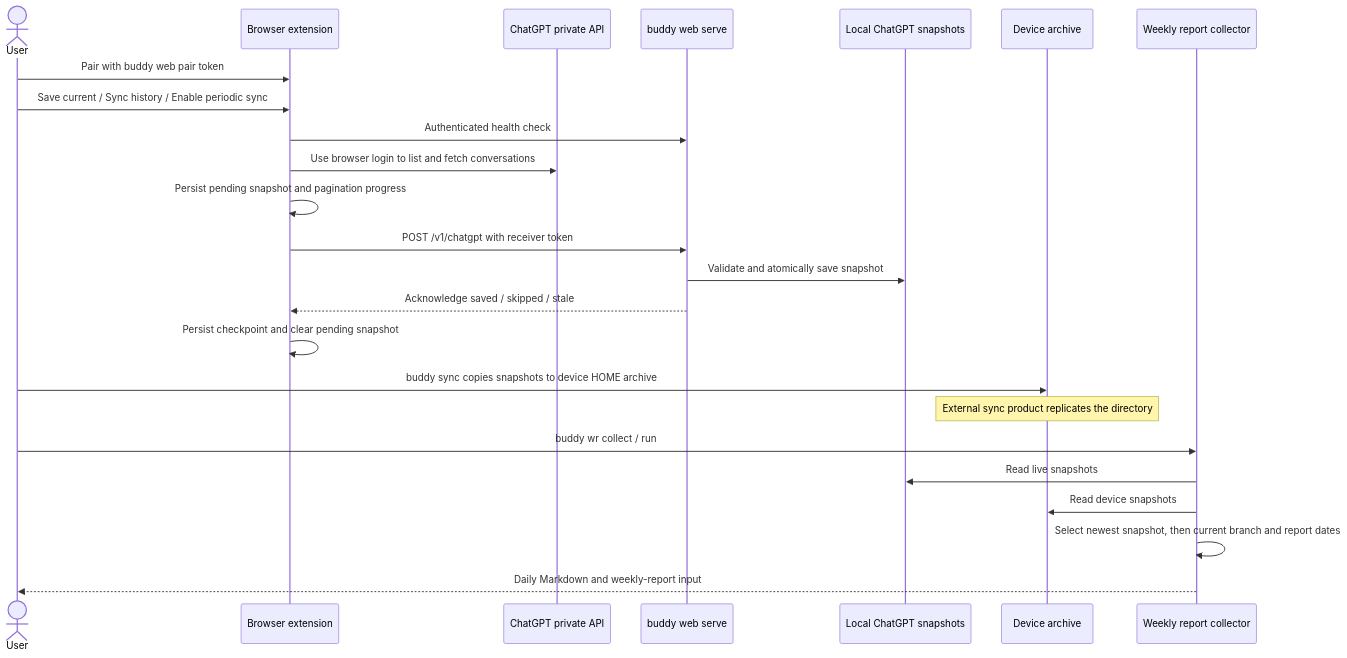
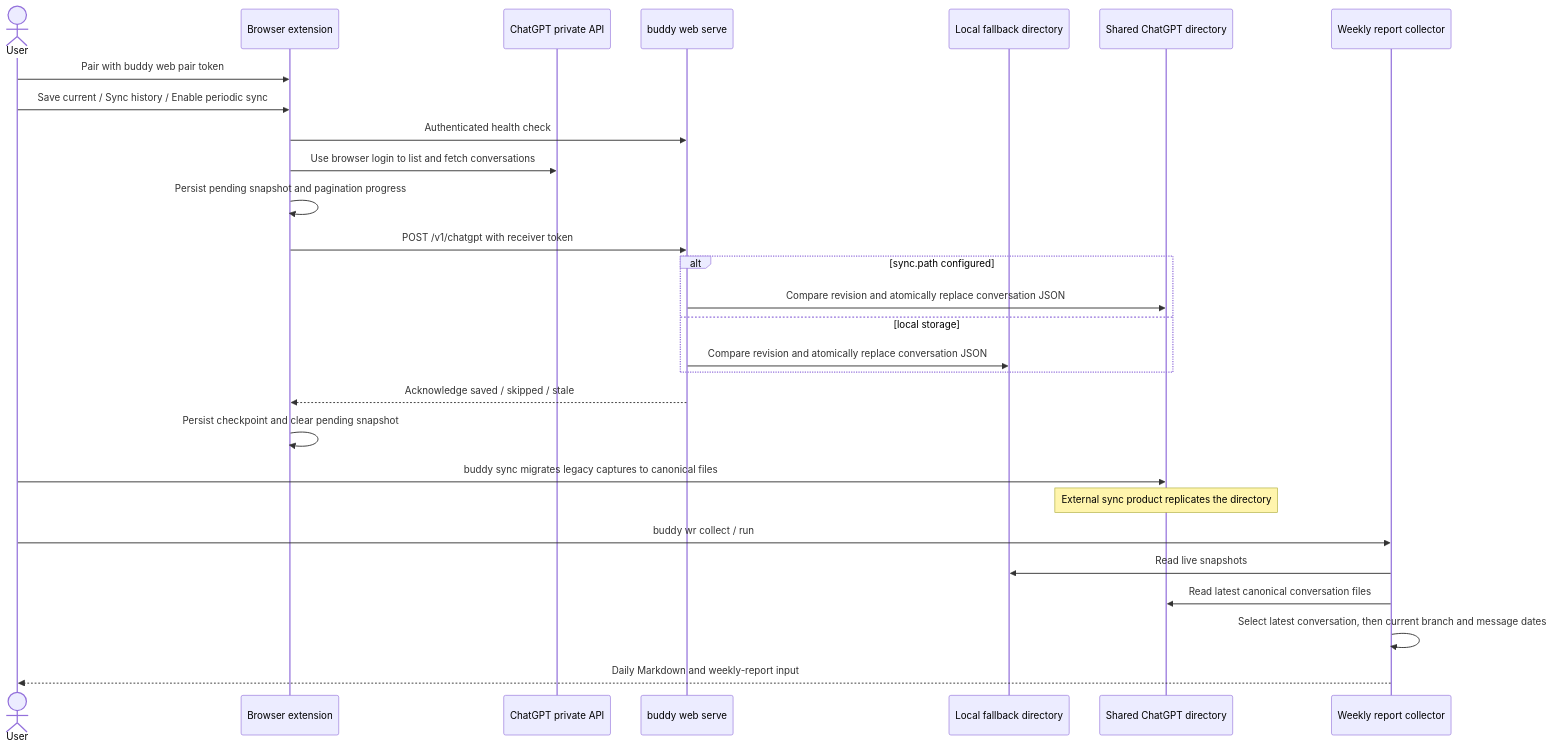
Before and after one commit to Zhaoyilunnn/guarded-buddy: the diagram in docs/chatgpt-sync.md, drawn with Mermaid. The commit also changed other lines of this file and 12 other files, not shown here.

Commit message:
fix: keep only latest ChatGPT conversations in shared storage

````diff
--- a/docs/chatgpt-sync.md
+++ b/docs/chatgpt-sync.md
@@ -153,27 +170,31 @@
 ```mermaid
 sequenceDiagram
     actor User
     participant Extension as Browser extension
     participant ChatGPT as ChatGPT private API
     participant Receiver as buddy web serve
-    participant Local as Local ChatGPT snapshots
-    participant Archive as Device archive
+    participant Local as Local fallback directory
+    participant Archive as Shared ChatGPT directory
     participant Report as Weekly report collector
 
     User->>Extension: Pair with buddy web pair token
     User->>Extension: Save current / Sync history / Enable periodic sync
     Extension->>Receiver: Authenticated health check
     Extension->>ChatGPT: Use browser login to list and fetch conversations
     Extension->>Extension: Persist pending snapshot and pagination progress
     Extension->>Receiver: POST /v1/chatgpt with receiver token
-    Receiver->>Local: Validate and atomically save snapshot
+    alt sync.path configured
+        Receiver->>Archive: Compare revision and atomically replace conversation JSON
+    else local storage
+        Receiver->>Local: Compare revision and atomically replace conversation JSON
+    end
     Receiver-->>Extension: Acknowledge saved / skipped / stale
     Extension->>Extension: Persist checkpoint and clear pending snapshot
-    User->>Archive: buddy sync copies snapshots to device HOME archive
+    User->>Archive: buddy sync migrates legacy captures to canonical files
     Note over Archive: External sync product replicates the directory
     User->>Report: buddy wr collect / run
     Report->>Local: Read live snapshots
-    Report->>Archive: Read device snapshots
-    Report->>Report: Select newest snapshot, then current branch and report dates
+    Report->>Archive: Read latest canonical conversation files
+    Report->>Report: Select latest conversation, then current branch and message dates
     Report-->>User: Daily Markdown and weekly-report input
 ```
````
